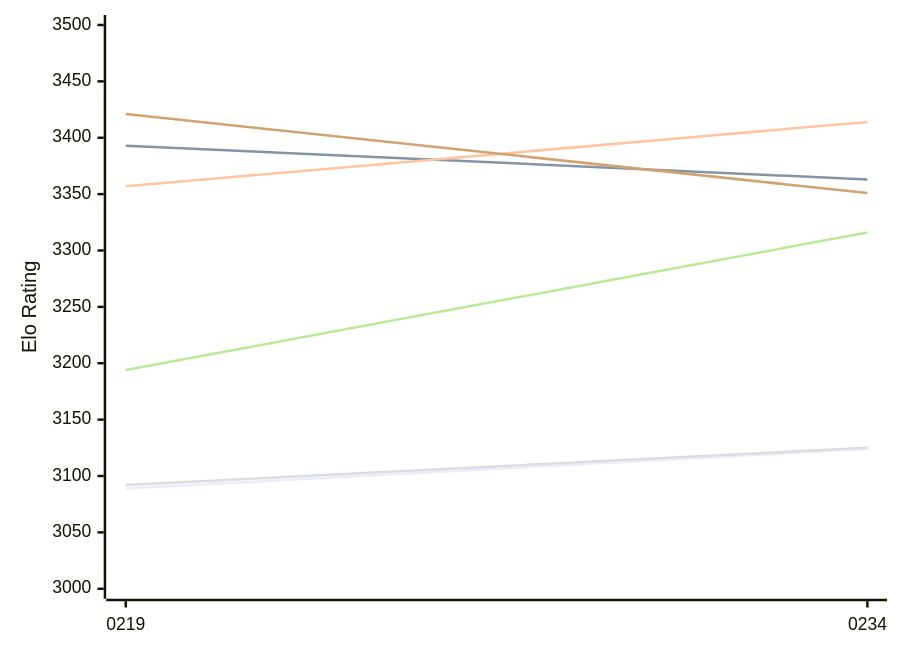
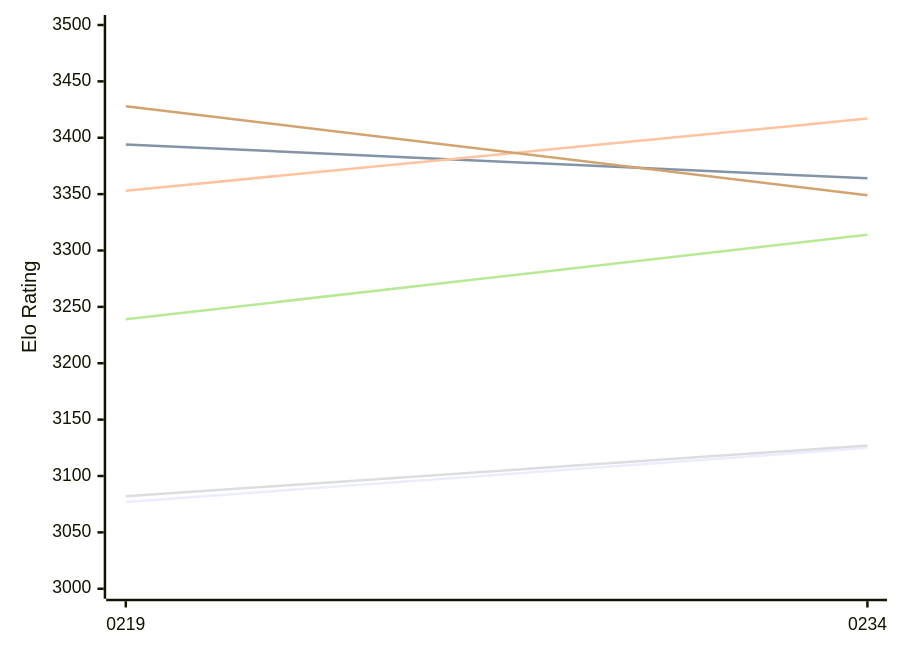
Before and after one commit to computer-chess-index/cci: the first of 2 diagrams in engines/Ynode.md, drawn with Mermaid. The commit also changed other lines of this file, not shown here.

Commit message:
Update CCI Ratings (ELO VLTC) - 2026-11-17

````diff
--- a/engines/Ynode.md
+++ b/engines/Ynode.md
@@ -50,12 +50,12 @@
 ```mermaid
 %%{init: {"theme":"base","themeVariables":{"seriesColors:['#a3a3a3','#222221','#faa371']}}}%%
 xychart-beta
   x-axis ["0219", "0234"]
   y-axis "Elo Rating" 3000 --> 3500
-  line "E1: STC (8.0+0.08s)" [3089, 3124]
-  line "E1: LTC (60.0+0.60s)" [3393, 3363]
-  line "E1: VLTC (2m24s+1.12s)" [3357, 3414]
-  line "P1: STC (8.0+0.08s)" [3092, 3125]
-  line "P1: LTC (60.0+0.60s)" [3194, 3316]
-  line "P1: VLTC (2m24s+1.12s)" [3421, 3351]
+  line "E1: STC (8.0+0.08s)" [3077, 3125]
+  line "E1: LTC (60.0+0.60s)" [3394, 3364]
+  line "E1: VLTC (2m24s+1.12s)" [3353, 3417]
+  line "P1: STC (8.0+0.08s)" [3082, 3127]
+  line "P1: LTC (60.0+0.60s)" [3239, 3314]
+  line "P1: VLTC (2m24s+1.12s)" [3428, 3349]
 ```
````
